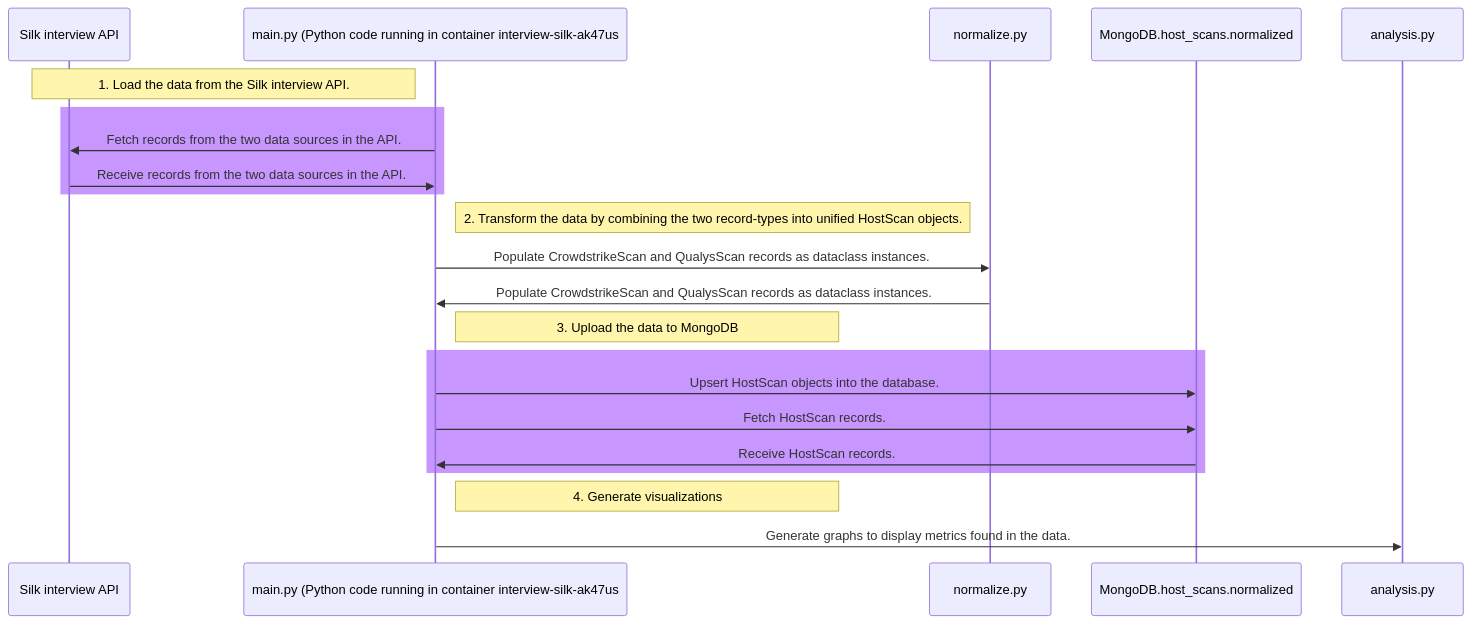
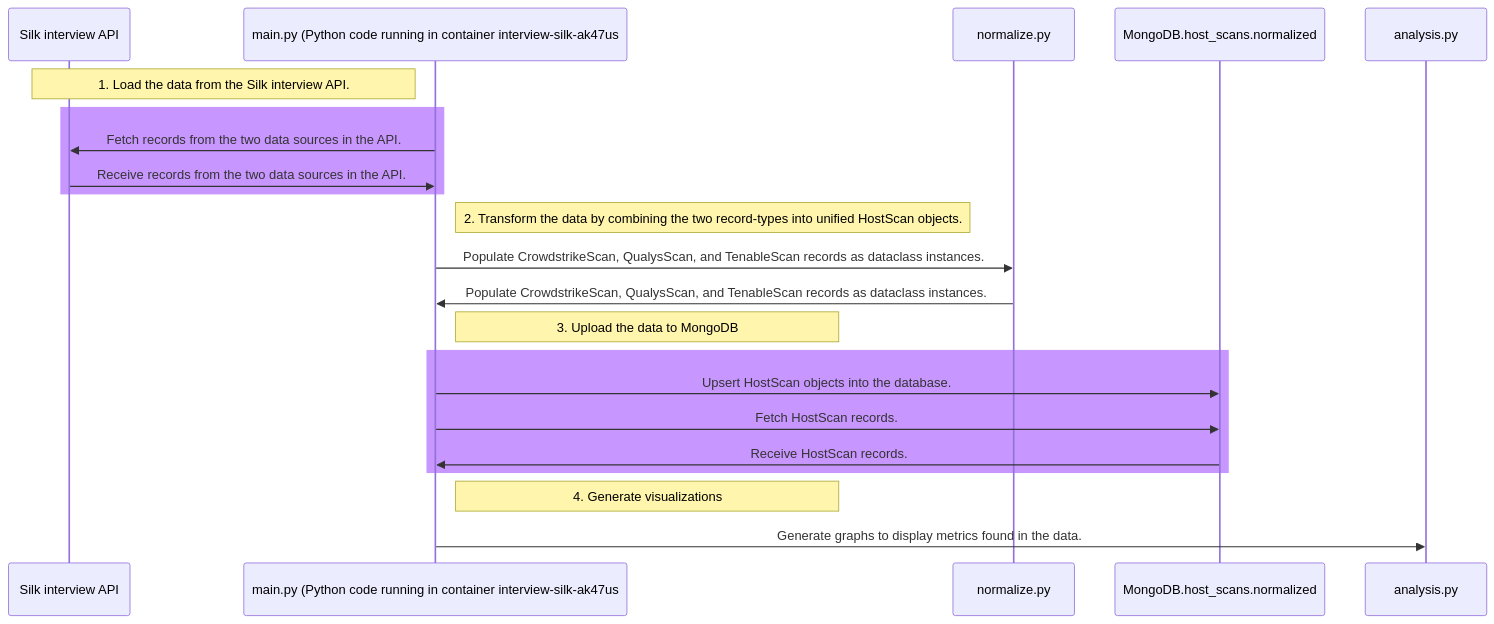
One commit to ak47us/interview-silk changed the first of 2 diagrams in README.md. Above: the diagram before and after it, drawn with Mermaid. The commit also changed other lines of this file, not shown here.

````diff
--- a/README.md
+++ b/README.md
@@ -10,29 +10,29 @@
 ```mermaid
 sequenceDiagram
     participant S as Silk interview API
     participant A as main.py (Python code running in container interview-silk-ak47us
     participant N as normalize.py
     participant M as MongoDB.host_scans.normalized
     participant V as analysis.py
     
     Note left of A: 1. Load the data from the Silk interview API.
     rect rgb(200, 150, 255)
     A ->> S: Fetch records from the two data sources in the API.
     S ->> A: Receive records from the two data sources in the API.
     end
     Note right of A: 2. Transform the data by combining the two record-types into unified HostScan objects.
-    A ->> N: Populate CrowdstrikeScan and QualysScan records as dataclass instances.
-    N ->> A: Populate CrowdstrikeScan and QualysScan records as dataclass instances.
+    A ->> N: Populate CrowdstrikeScan, QualysScan, and TenableScan records as dataclass instances.
+    N ->> A: Populate CrowdstrikeScan, QualysScan, and TenableScan records as dataclass instances.
     Note right of A: 3. Upload the data to MongoDB
     rect rgb(200, 150, 255)
     A ->> M: Upsert HostScan objects into the database.
     A ->> M: Fetch HostScan records.
     M ->> A: Receive HostScan records.
     end
     Note right of A: 4. Generate visualizations
     A ->> V: Generate graphs to display metrics found in the data.
 
 
     
     
 ```
````
